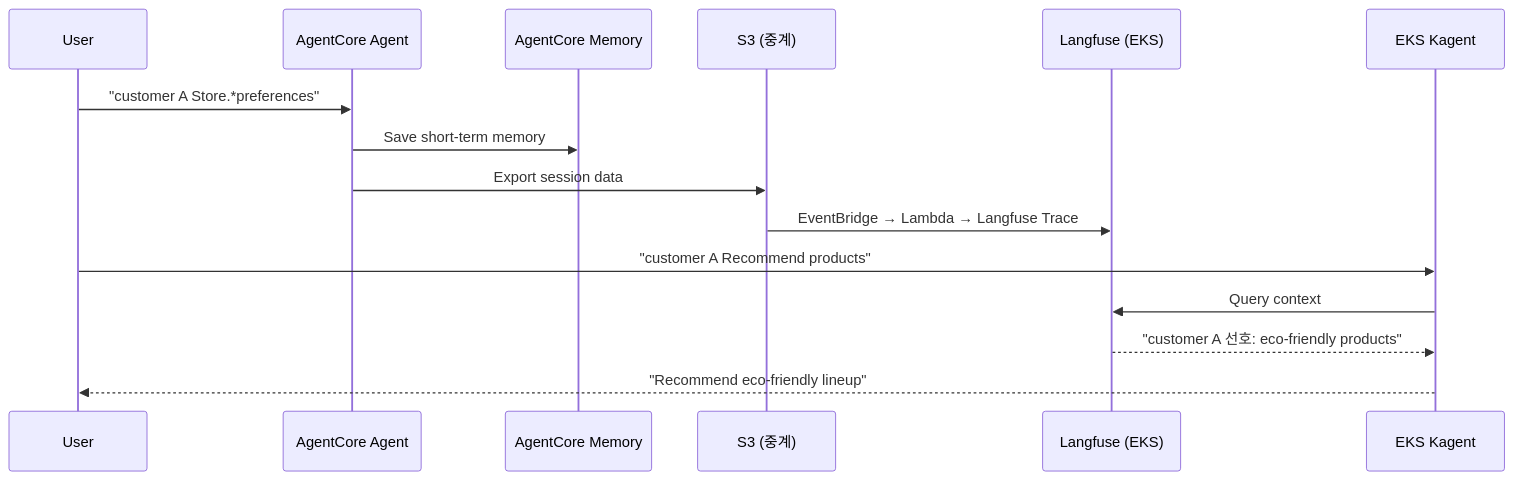
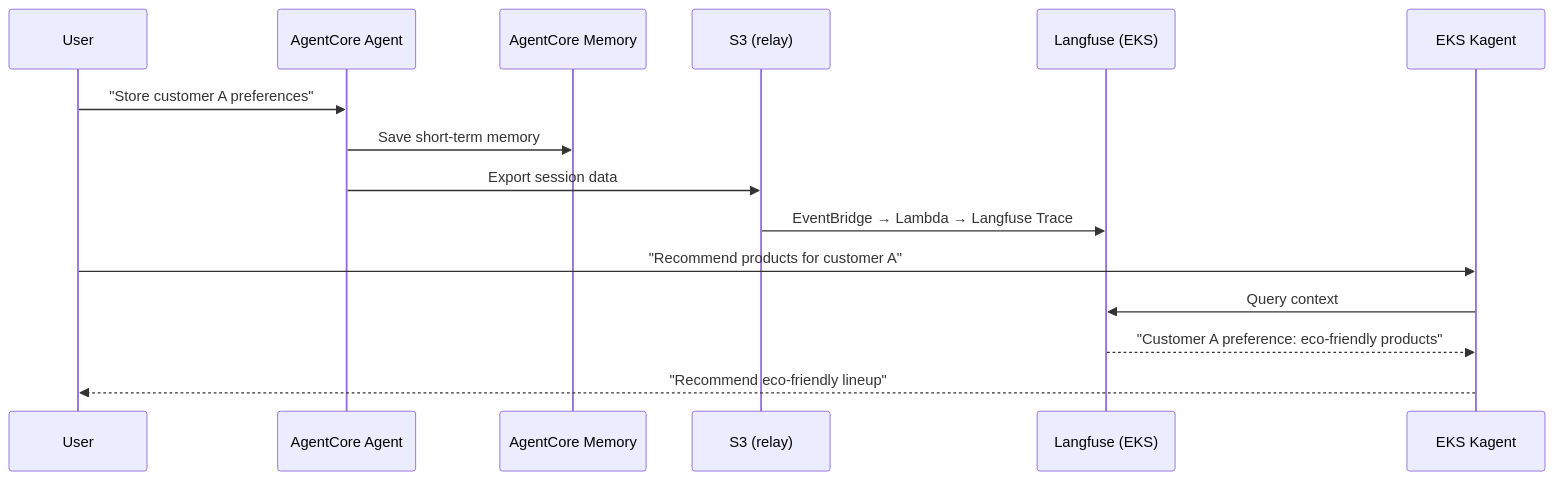
Before and after one commit to devfloor9/engineering-playbook: the sixth of 11 diagrams in i18n/en/docusaurus-plugin-content-docs/current/agentic-ai-platform/design-architecture/platform-selection/agentcore-hybrid-strategy.md, drawn with Mermaid. The commit also changed other lines of this file and 72 other files, not shown here.

````diff
--- a/i18n/en/docusaurus-plugin-content-docs/current/agentic-ai-platform/design-architecture/platform-selection/agentcore-hybrid-strategy.md
+++ b/i18n/en/docusaurus-plugin-content-docs/current/agentic-ai-platform/design-architecture/platform-selection/agentcore-hybrid-strategy.md
@@ -445,19 +451,19 @@
 ```mermaid
 sequenceDiagram
     participant User
     participant AC as AgentCore Agent
     participant AC_MEM as AgentCore Memory
-    participant S3 as S3 (중계)
+    participant S3 as S3 (relay)
     participant LANGFUSE as Langfuse (EKS)
     participant EKS as EKS Kagent
     
-    User->>AC: "customer A Store.*preferences"
+    User->>AC: "Store customer A preferences"
     AC->>AC_MEM: Save short-term memory
     AC->>S3: Export session data
     S3->>LANGFUSE: EventBridge → Lambda → Langfuse Trace
     
-    User->>EKS: "customer A Recommend products"
+    User->>EKS: "Recommend products for customer A"
     EKS->>LANGFUSE: Query context
-    LANGFUSE-->>EKS: "customer A 선호: eco-friendly products"
+    LANGFUSE-->>EKS: "Customer A preference: eco-friendly products"
     EKS-->>User: "Recommend eco-friendly lineup"
 ```
````
